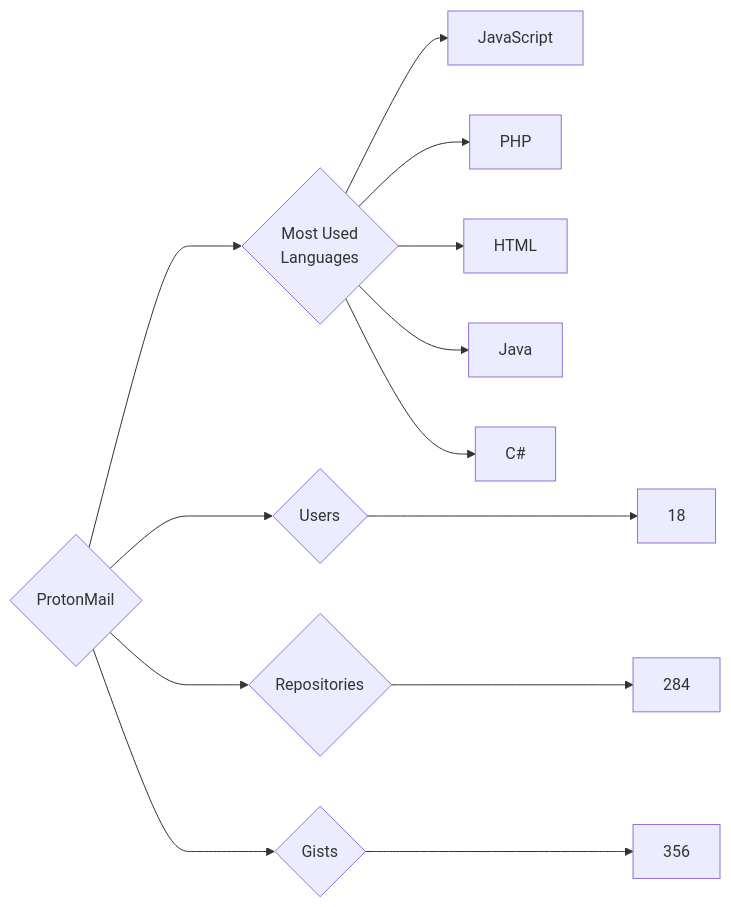
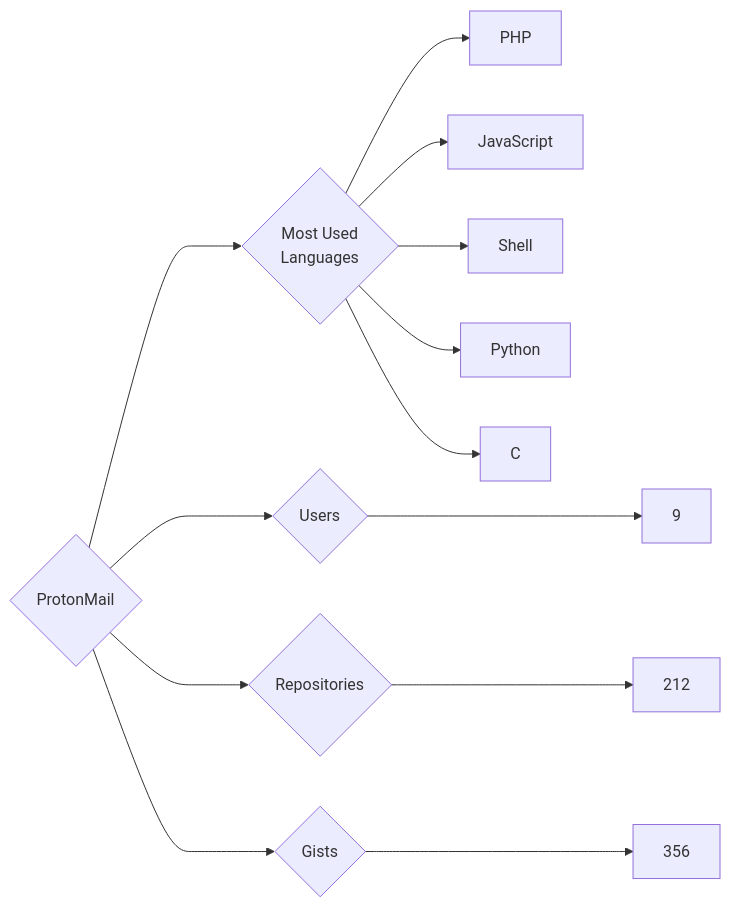
One commit to trickest/insiders changed the diagram in targets/ProtonMail/README.md. Above: the diagram before and after it, drawn with Mermaid. The commit also changed 1248 other files, not shown here.

````diff
--- a/targets/ProtonMail/README.md
+++ b/targets/ProtonMail/README.md
@@ -3,13 +3,13 @@
 ```mermaid
 graph LR
 COMPANY_NAME{ProtonMail}
-COMPANY_NAME ---> U{Users} ---> UN[18]
-COMPANY_NAME ---> R{Repositories} ---> RN[284]
+COMPANY_NAME ---> U{Users} ---> UN[9]
+COMPANY_NAME ---> R{Repositories} ---> RN[212]
 COMPANY_NAME ---> G{Gists} ---> GN[356]
 COMPANY_NAME ---> ML{Most Used<br>Languages}
+ML --> PHP[PHP]
 ML --> JavaScript[JavaScript]
-ML --> PHP[PHP]
-ML --> HTML[HTML]
-ML --> Java[Java]
-ML --> C#[C#]
+ML --> Shell[Shell]
+ML --> Python[Python]
+ML --> C[C]
 ```
````
